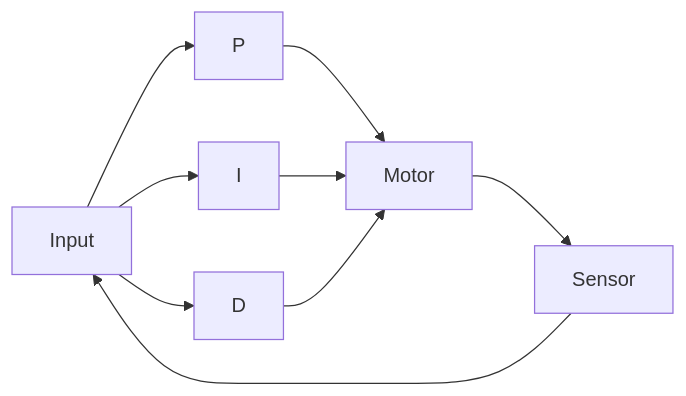
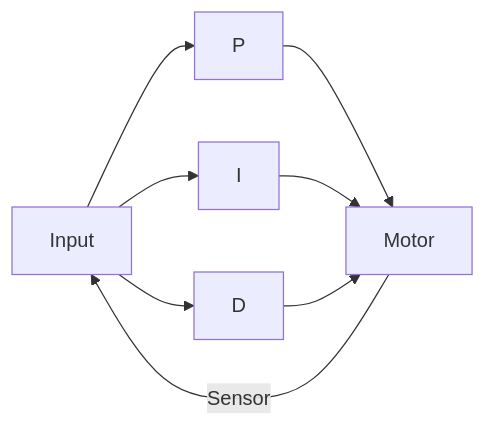
The diagram in Programms/PID.md (TheBaronBlood/Lego-Spike-Prime), drawn with Mermaid before and after one commit.

````diff
--- a/Programms/PID.md
+++ b/Programms/PID.md
@@ -1,11 +1,10 @@
 ```mermaid
   graph LR;
       Input -->P;
       Input -->I;
       Input -->D;
       P -->Motor;
       I -->Motor;
       D -->Motor;
-      Motor -->Sensor;
-      Sensor --> Input
+      Motor -- Sensor --> Input
 ```
````
